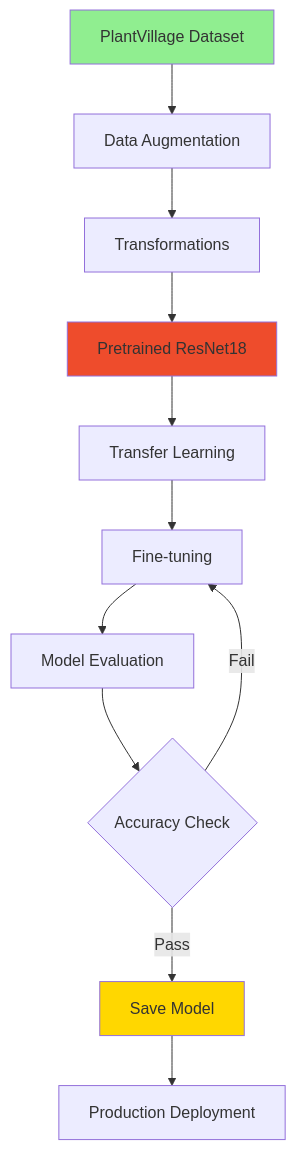
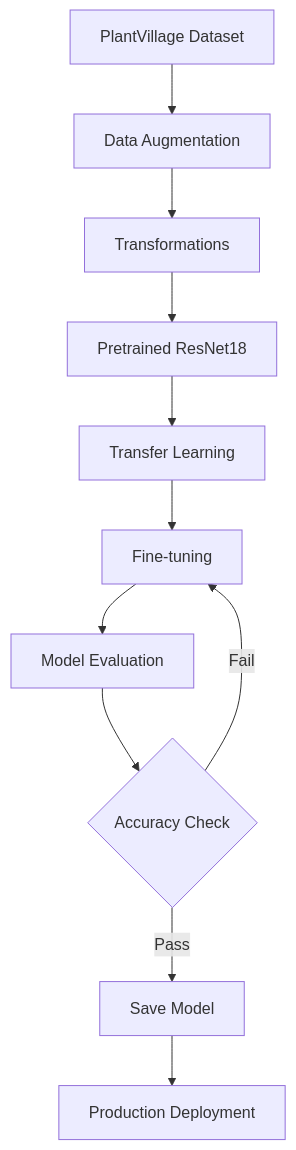
The fourth of 4 diagrams in README.md (chandu1234678/AgroSight), drawn with Mermaid before and after one commit. The commit also changed other lines of this file, not shown here.

Commit message:
Remove badges and diagram colors for cleaner professional look

````diff
--- a/README.md
+++ b/README.md
@@ -294,17 +283,13 @@
 ```mermaid
 graph TD
     A[PlantVillage Dataset] --> B[Data Augmentation]
     B --> C[Transformations]
     C --> D[Pretrained ResNet18]
     D --> E[Transfer Learning]
     E --> F[Fine-tuning]
     F --> G[Model Evaluation]
     G --> H{Accuracy Check}
     H -->|Pass| I[Save Model]
     H -->|Fail| F
     I --> J[Production Deployment]
-    
-    style A fill:#90EE90
-    style D fill:#ee4c2c
-    style I fill:#FFD700
 ```
````
